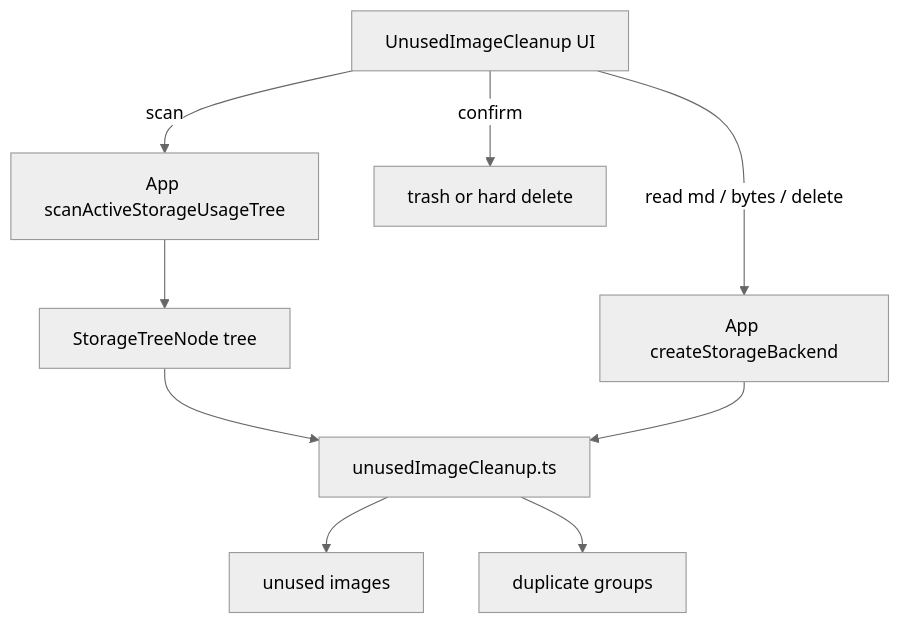
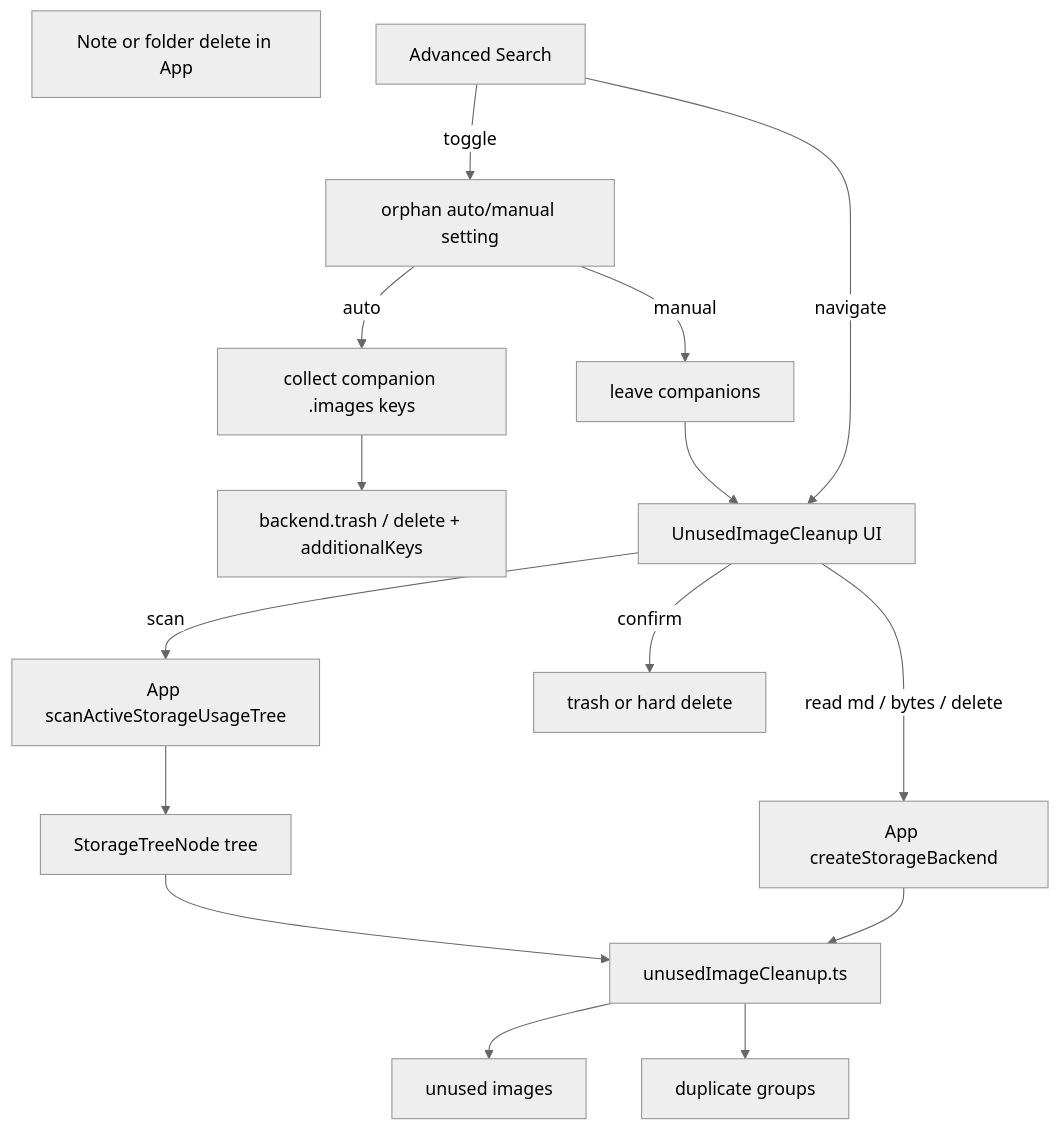
One commit to explainpark101/DocuHaim changed the diagram in .cursor/plans/unused_image_cleanup_2a088afb.plan.md. Above: the diagram before and after it, drawn with Mermaid (neutral theme). The commit also changed other lines of this file and 23 other files, not shown here.

````diff
--- a/.cursor/plans/unused_image_cleanup_2a088afb.plan.md
+++ b/.cursor/plans/unused_image_cleanup_2a088afb.plan.md
@@ -33,11 +61,19 @@
 ```mermaid
 flowchart TD
-  UI[UnusedImageCleanup UI] -->|scan| AppScan[App scanActiveStorageUsageTree]
+  Policy[orphan auto/manual setting]
+  Del[Note or folder delete in App]
+  Policy -->|auto| Companions[collect companion .images keys]
+  Companions --> Trash[backend.trash / delete + additionalKeys]
+  Policy -->|manual| Leave[leave companions]
+  Leave --> UI[UnusedImageCleanup UI]
+  UI -->|scan| AppScan[App scanActiveStorageUsageTree]
   UI -->|read md / bytes / delete| AppBackend[App createStorageBackend]
   AppScan --> Tree[StorageTreeNode tree]
   Tree --> Util[unusedImageCleanup.ts]
   AppBackend --> Util
   Util --> Unused[unused images]
   Util --> Dupes[duplicate groups]
   UI -->|confirm| Delete[trash or hard delete]
+  AS[Advanced Search] -->|navigate| UI
+  AS -->|toggle| Policy
 ```
````
